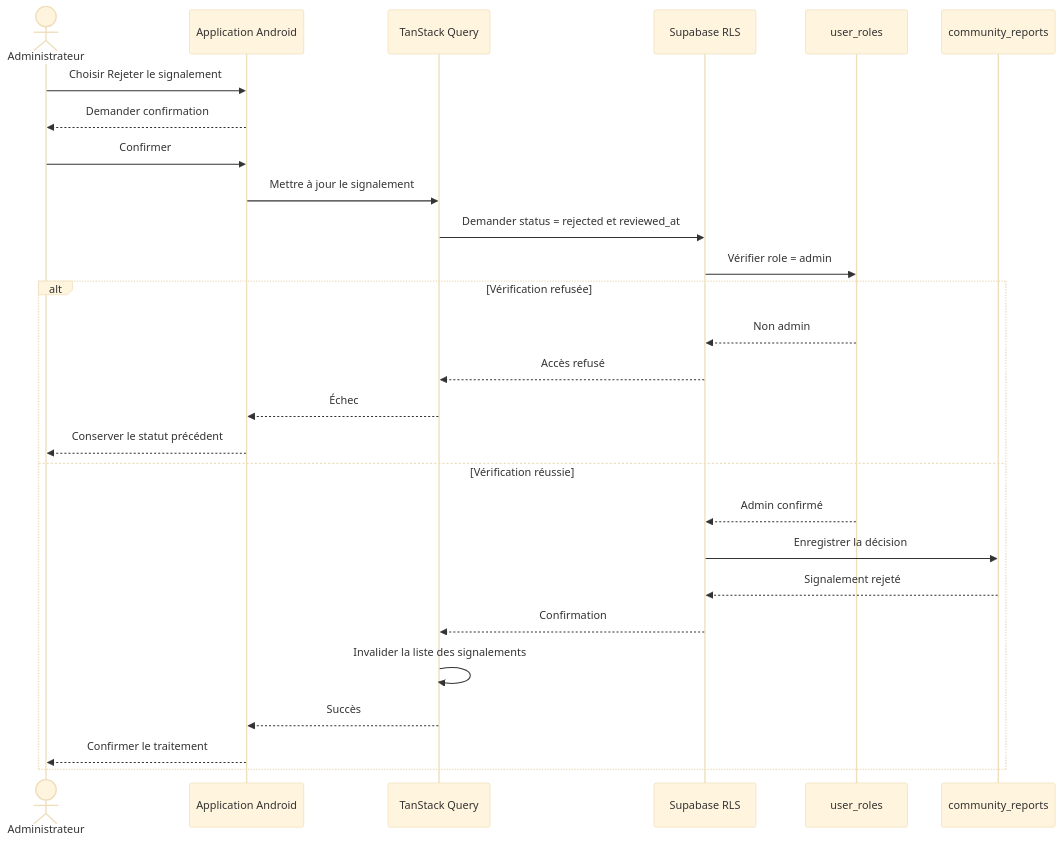
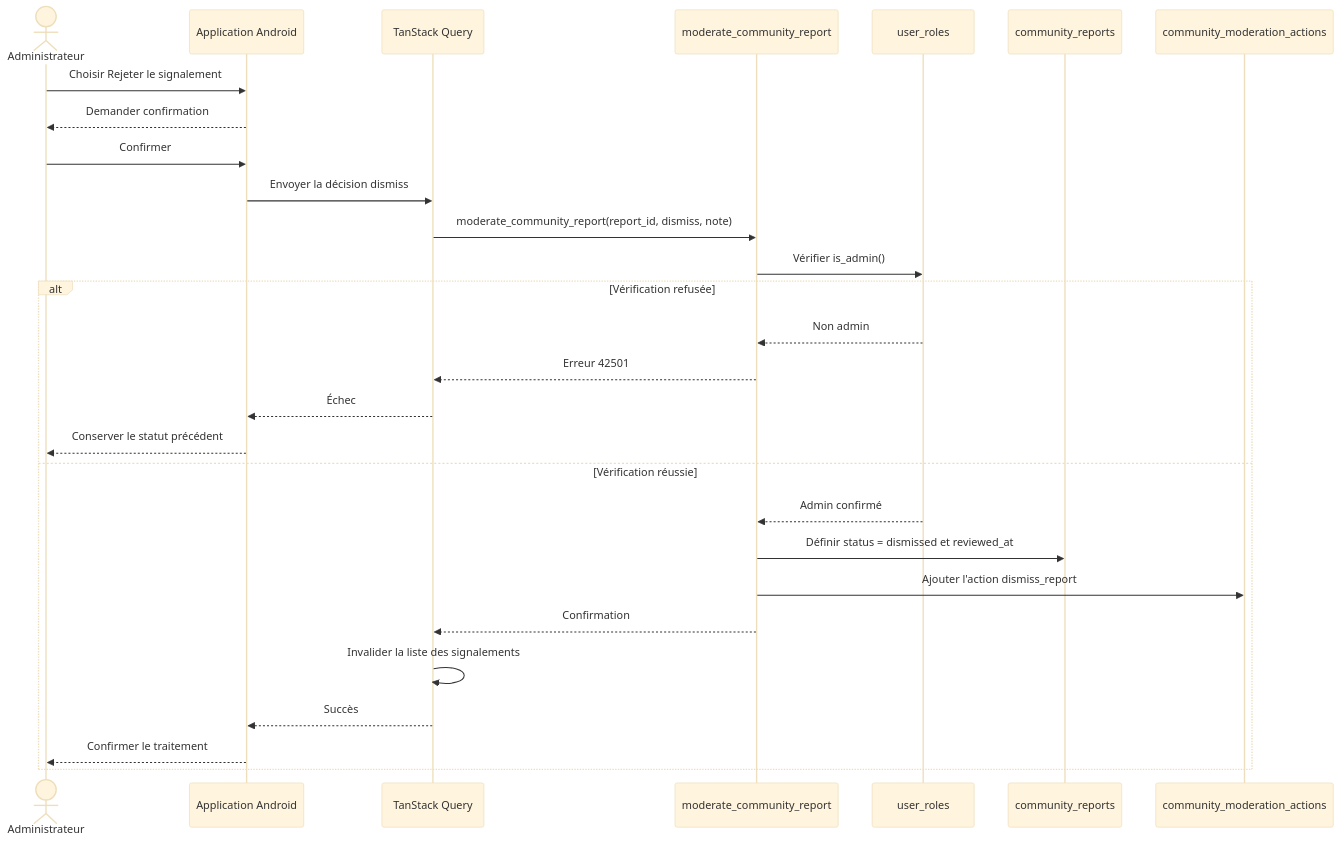
Before and after one commit to Loik940/DREPA: the fifth of 7 diagrams in docs/sequence-moderation.md, drawn with Mermaid (base theme). The commit also changed other lines of this file and 22 other files, not shown here.

First line of the commit message:
feat: add secure community moderation

````diff
--- a/docs/sequence-moderation.md
+++ b/docs/sequence-moderation.md
@@ -124,30 +173,31 @@
 ```mermaid
 sequenceDiagram
     actor Admin as Administrateur
     participant A as Application Android
     participant Q as TanStack Query
-    participant RLS as Supabase RLS
+    participant RPC as moderate_community_report
     participant Roles as user_roles
     participant Reports as community_reports
+    participant Audit as community_moderation_actions
 
     Admin->>A: Choisir Rejeter le signalement
     A-->>Admin: Demander confirmation
     Admin->>A: Confirmer
-    A->>Q: Mettre à jour le signalement
-    Q->>RLS: Demander status = rejected et reviewed_at
-    RLS->>Roles: Vérifier role = admin
+    A->>Q: Envoyer la décision dismiss
+    Q->>RPC: moderate_community_report(report_id, dismiss, note)
+    RPC->>Roles: Vérifier is_admin()
     alt Vérification refusée
-        Roles-->>RLS: Non admin
-        RLS-->>Q: Accès refusé
+        Roles-->>RPC: Non admin
+        RPC-->>Q: Erreur 42501
         Q-->>A: Échec
         A-->>Admin: Conserver le statut précédent
     else Vérification réussie
-        Roles-->>RLS: Admin confirmé
-        RLS->>Reports: Enregistrer la décision
-        Reports-->>RLS: Signalement rejeté
-        RLS-->>Q: Confirmation
+        Roles-->>RPC: Admin confirmé
+        RPC->>Reports: Définir status = dismissed et reviewed_at
+        RPC->>Audit: Ajouter l'action dismiss_report
+        RPC-->>Q: Confirmation
         Q->>Q: Invalider la liste des signalements
         Q-->>A: Succès
         A-->>Admin: Confirmer le traitement
     end
 ```
````
